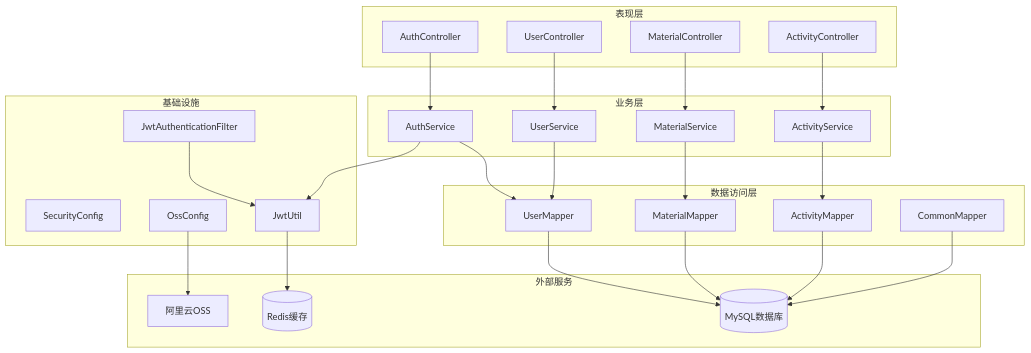
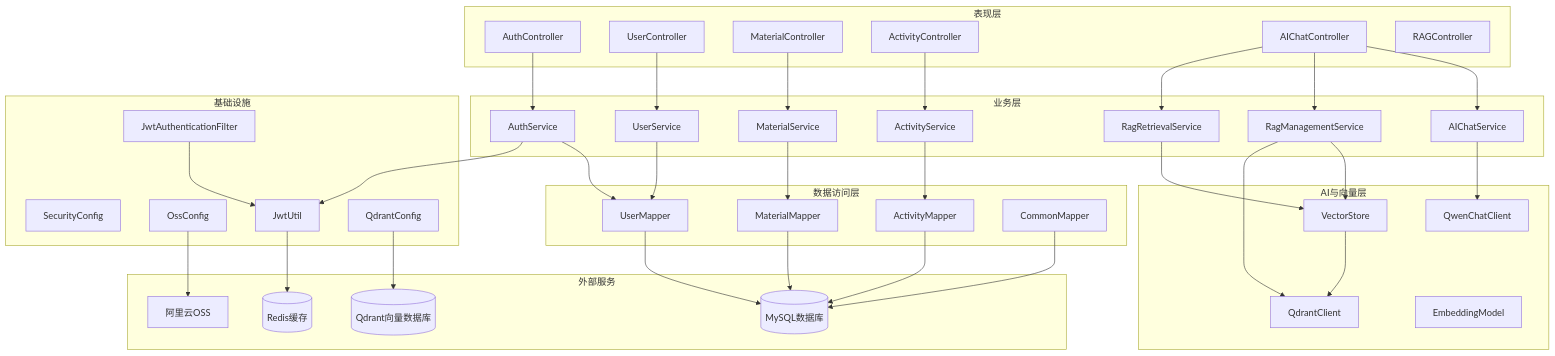
Before and after one commit to Redmoon-2333/HumanResourceOfficial: the second of 7 diagrams in .qoder/repowiki/zh/content/技术栈与依赖.md, drawn with Mermaid. The commit also changed other lines of this file and 17 other files, not shown here.

````diff
--- a/.qoder/repowiki/zh/content/技术栈与依赖.md
+++ b/.qoder/repowiki/zh/content/技术栈与依赖.md
@@ -152,48 +230,70 @@
 ```mermaid
 graph TB
 subgraph "表现层"
 AC[AuthController]
 UC[UserController]
 MC[MaterialController]
 PC[ActivityController]
+AIC[AIChatController]
+RC[RAGController]
 end
 subgraph "业务层"
 AS[AuthService]
 US[UserService]
 MS[MaterialService]
 PS[ActivityService]
+AIS[AIChatService]
+RMS[RagManagementService]
+RRS[RagRetrievalService]
 end
 subgraph "数据访问层"
 UM[UserMapper]
 MM[MaterialMapper]
 AM[ActivityMapper]
 CM[CommonMapper]
 end
+subgraph "AI与向量层"
+QD[QdrantClient]
+VS[VectorStore]
+EM[EmbeddingModel]
+LLM[QwenChatClient]
+end
 subgraph "基础设施"
 SC[SecurityConfig]
 JF[JwtAuthenticationFilter]
 OC[OssConfig]
 JU[JwtUtil]
+QC[QdrantConfig]
 end
 subgraph "外部服务"
 DB[(MySQL数据库)]
 OSS[阿里云OSS]
 REDIS[(Redis缓存)]
+QDRANT[(Qdrant向量数据库)]
 end
 AC --> AS
 UC --> US
 MC --> MS
 PC --> PS
+AIC --> AIS
+AIC --> RMS
+AIC --> RRS
 AS --> UM
 US --> UM
 MS --> MM
 PS --> AM
 AS --> JU
 JF --> JU
 UM --> DB
 MM --> DB
 AM --> DB
 CM --> DB
 OC --> OSS
 JU --> REDIS
+QC --> QDRANT
+AIS --> LLM
+RMS --> VS
+RMS --> QD
+RRS --> VS
+VS --> QD
 ```
````
